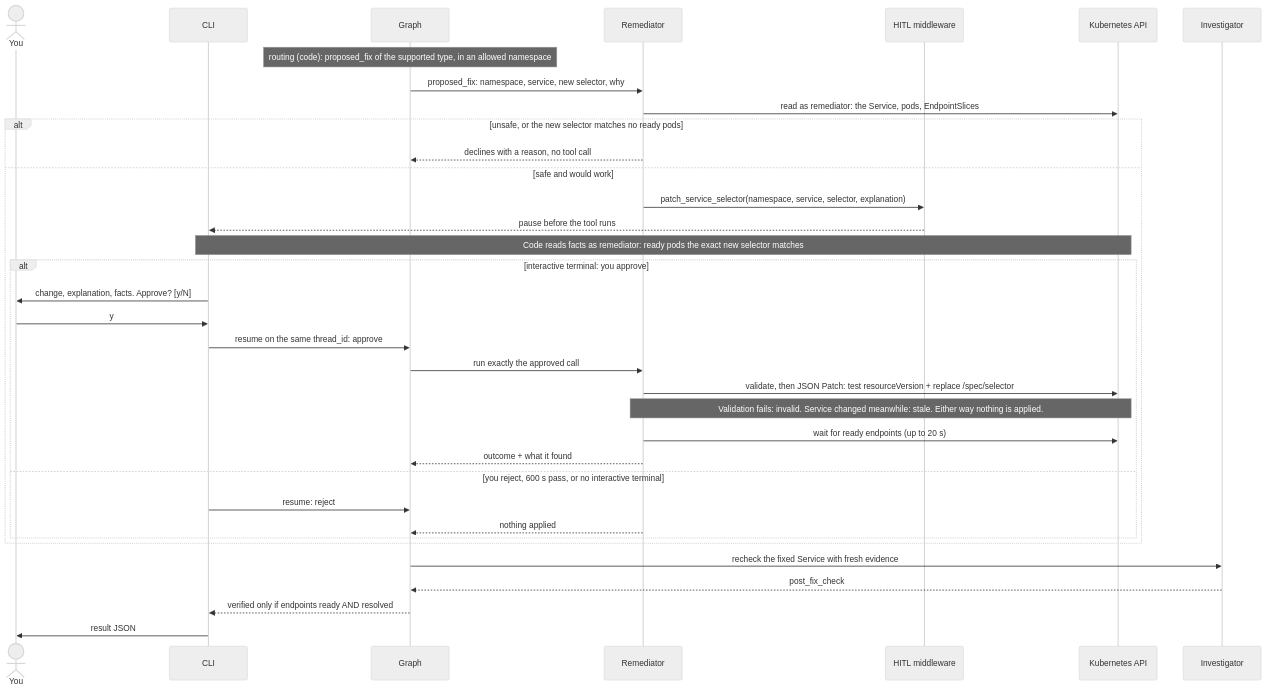
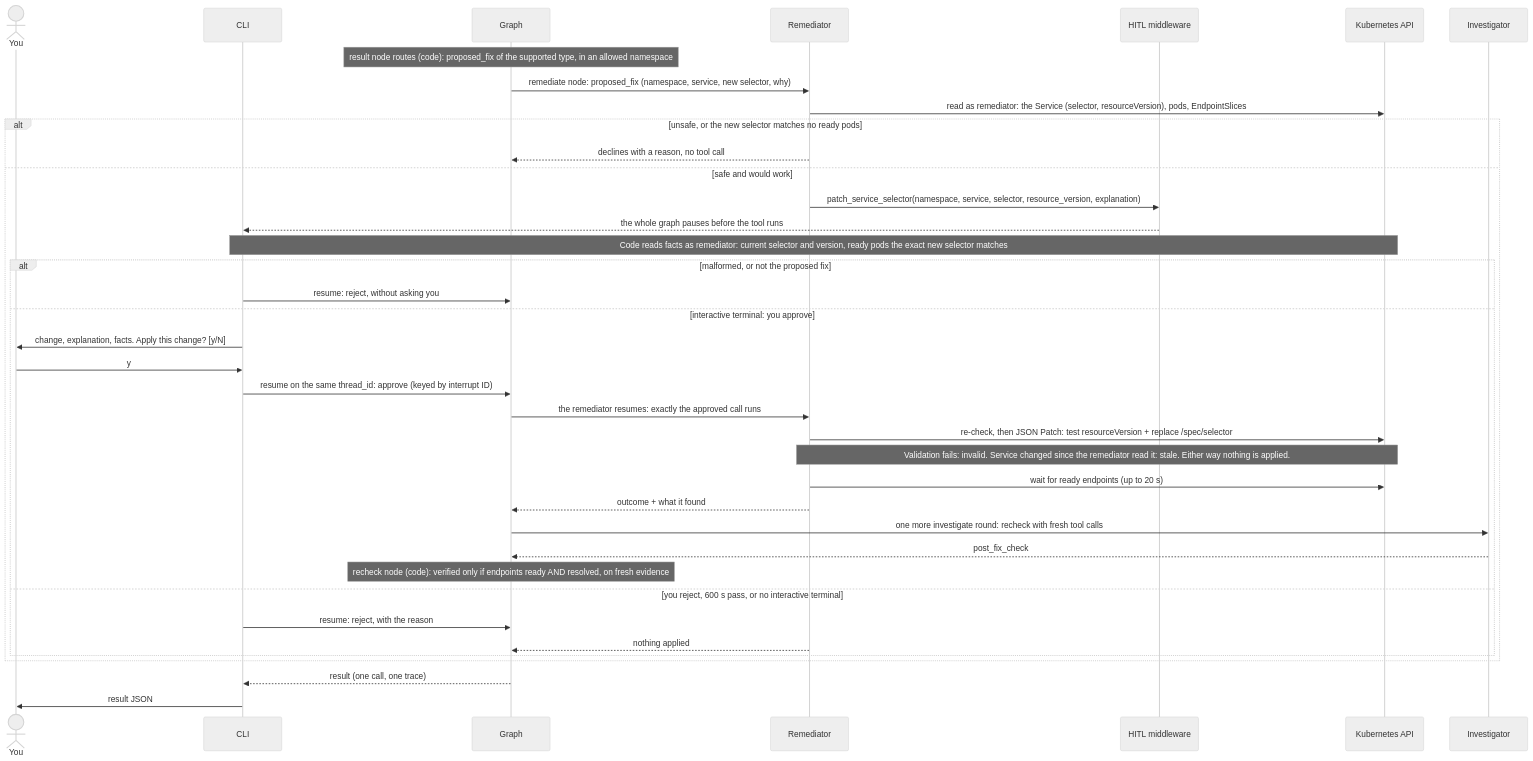
Before and after one commit to tomershukhman/k8s-troubleshooting-agent: the fourth of 7 diagrams in SPEC.md, drawn with Mermaid (neutral theme). The commit also changed other lines of this file and 29 other files, not shown here.

````diff
--- a/SPEC.md
+++ b/SPEC.md
@@ -449,38 +456,41 @@
 ```mermaid
 sequenceDiagram
     actor U as You
     participant CLI as CLI
     participant G as Graph
     participant R as Remediator
     participant H as HITL middleware
     participant K as Kubernetes API
     participant I as Investigator
 
-    Note over G: routing (code): proposed_fix of the supported type, in an allowed namespace
-    G->>R: proposed_fix: namespace, service, new selector, why
-    R->>K: read as remediator: the Service, pods, EndpointSlices
+    Note over G: result node routes (code): proposed_fix of the supported type, in an allowed namespace
+    G->>R: remediate node: proposed_fix (namespace, service, new selector, why)
+    R->>K: read as remediator: the Service (selector, resourceVersion), pods, EndpointSlices
     alt unsafe, or the new selector matches no ready pods
         R-->>G: declines with a reason, no tool call
     else safe and would work
-        R->>H: patch_service_selector(namespace, service, selector, explanation)
-        H-->>CLI: pause before the tool runs
-        Note over CLI,K: Code reads facts as remediator: ready pods the exact new selector matches
-        alt interactive terminal: you approve
-            CLI->>U: change, explanation, facts. Approve? [y/N]
+        R->>H: patch_service_selector(namespace, service, selector, resource_version, explanation)
+        H-->>CLI: the whole graph pauses before the tool runs
+        Note over CLI,K: Code reads facts as remediator: current selector and version, ready pods the exact new selector matches
+        alt malformed, or not the proposed fix
+            CLI->>G: resume: reject, without asking you
+        else interactive terminal: you approve
+            CLI->>U: change, explanation, facts. Apply this change? [y/N]
             U->>CLI: y
-            CLI->>G: resume on the same thread_id: approve
-            G->>R: run exactly the approved call
-            R->>K: validate, then JSON Patch: test resourceVersion + replace /spec/selector
-            Note over R,K: Validation fails: invalid. Service changed meanwhile: stale. Either way nothing is applied.
+            CLI->>G: resume on the same thread_id: approve (keyed by interrupt ID)
+            G->>R: the remediator resumes: exactly the approved call runs
+            R->>K: re-check, then JSON Patch: test resourceVersion + replace /spec/selector
+            Note over R,K: Validation fails: invalid. Service changed since the remediator read it: stale. Either way nothing is applied.
             R->>K: wait for ready endpoints (up to 20 s)
             R-->>G: outcome + what it found
+            G->>I: one more investigate round: recheck with fresh tool calls
+            I-->>G: post_fix_check
+            Note over G: recheck node (code): verified only if endpoints ready AND resolved, on fresh evidence
         else you reject, 600 s pass, or no interactive terminal
-            CLI->>G: resume: reject
+            CLI->>G: resume: reject, with the reason
             R-->>G: nothing applied
         end
     end
-    G->>I: recheck the fixed Service with fresh evidence
-    I-->>G: post_fix_check
-    G-->>CLI: verified only if endpoints ready AND resolved
+    G-->>CLI: result (one call, one trace)
     CLI->>U: result JSON
 ```
````
